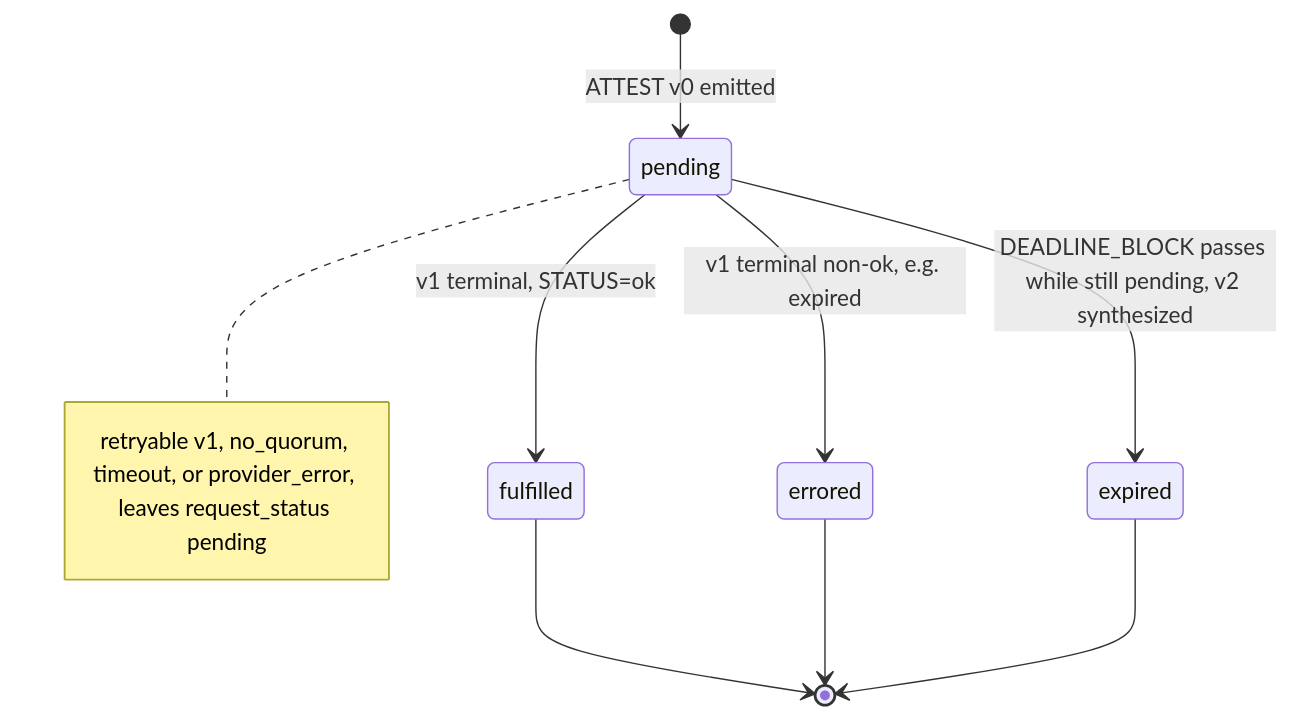
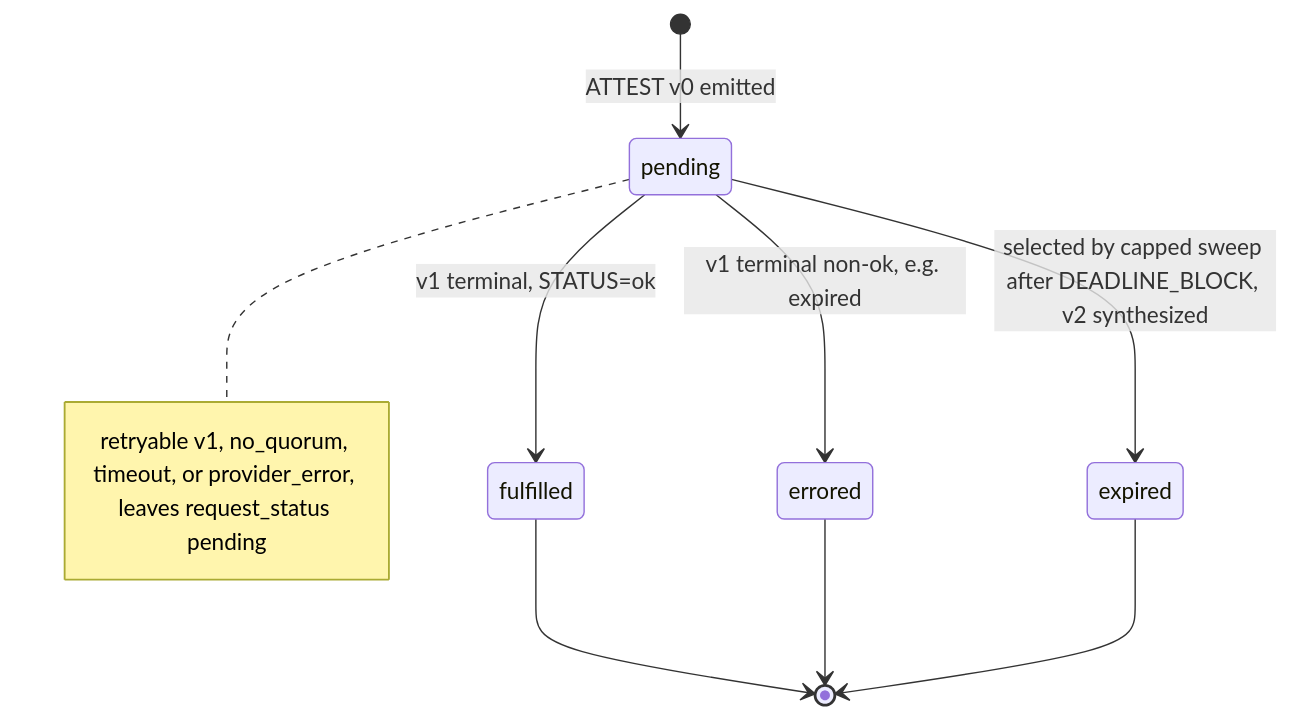
Before and after one commit to XChain-Platform/xchain-documentation: the second of 2 diagrams in protocol/actions/attest.md, drawn with Mermaid. The commit also changed other lines of this file and 45 other files, not shown here.

````diff
--- a/protocol/actions/attest.md
+++ b/protocol/actions/attest.md
@@ -229,11 +230,11 @@
 ```mermaid
 stateDiagram-v2
     [*] --> pending: ATTEST v0 emitted
     pending --> fulfilled: v1 terminal, STATUS=ok
     pending --> errored: v1 terminal non-ok, e.g. expired
-    pending --> expired: DEADLINE_BLOCK passes while still pending, v2 synthesized
+    pending --> expired: selected by capped sweep after DEADLINE_BLOCK, v2 synthesized
     fulfilled --> [*]
     errored --> [*]
     expired --> [*]
     note right of pending: retryable v1, no_quorum, timeout, or provider_error, leaves request_status pending
 ```
````
